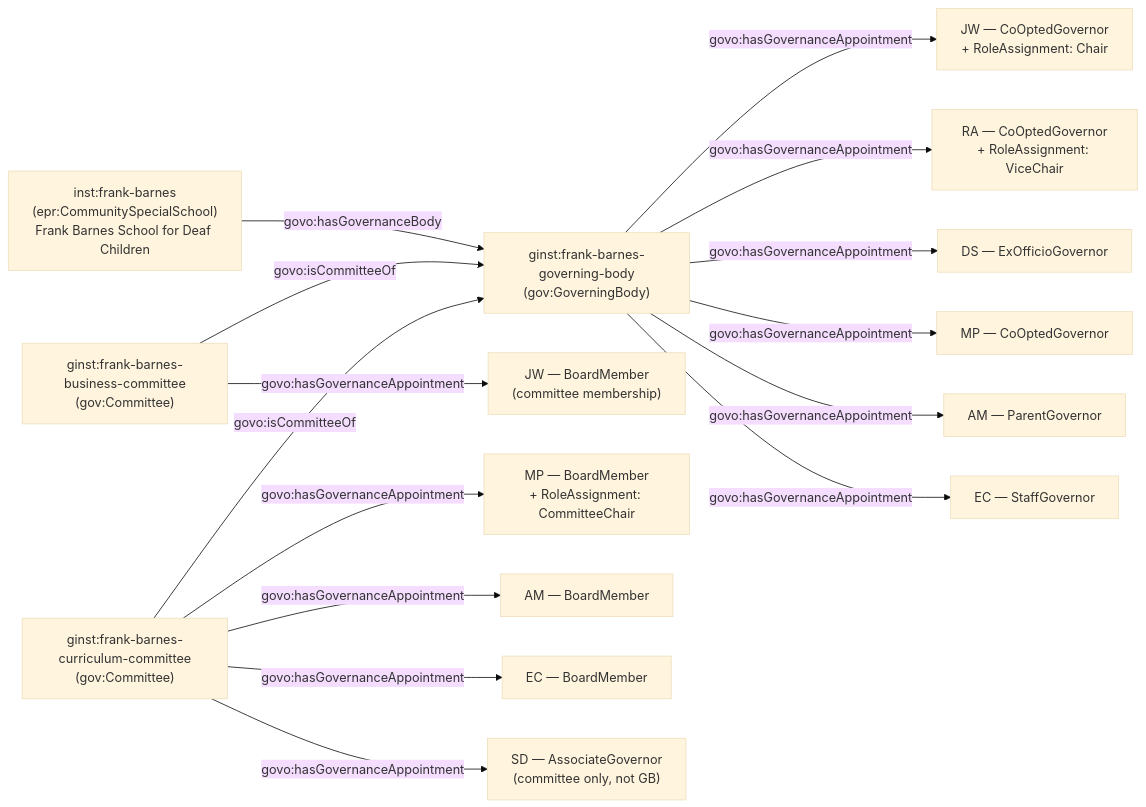
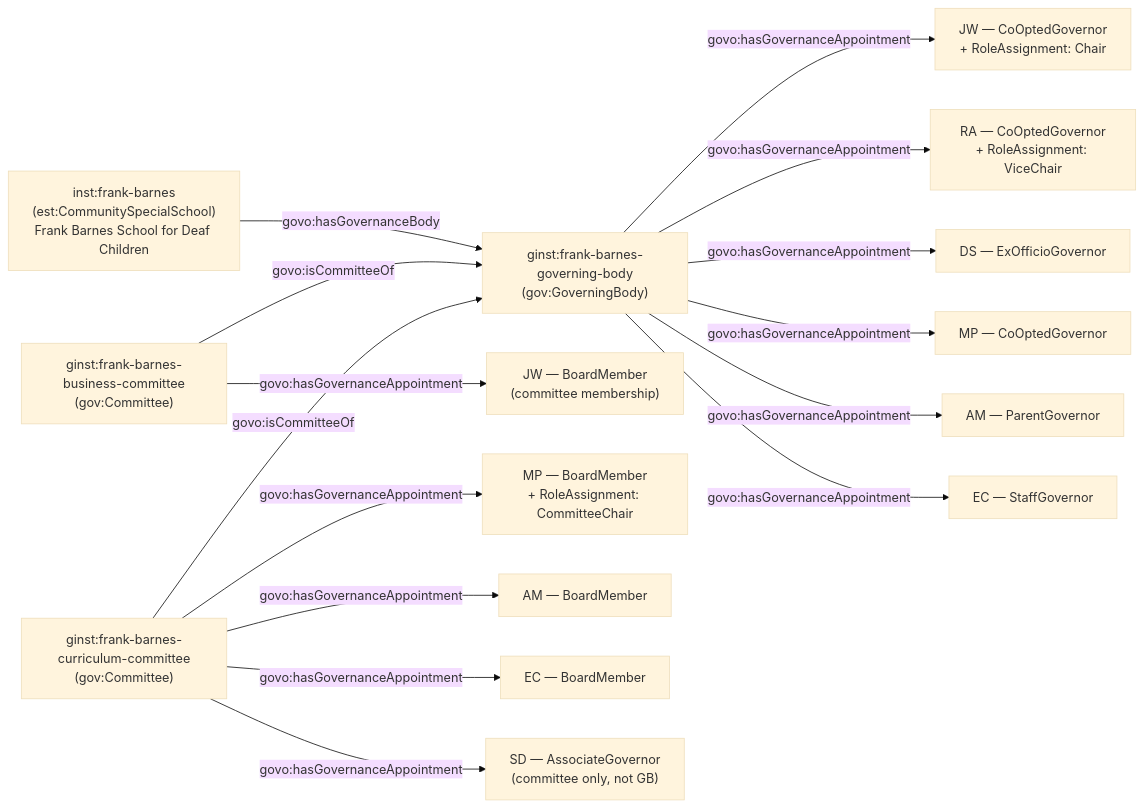
One commit to DFE-Digital/education-provider-registry-docs changed the second of 2 diagrams in docs-site/content/models/governance/worked-examples/frank-barnes/index.md. Above: the diagram before and after it, drawn with Mermaid (base theme). The commit also changed other lines of this file and 42 other files, not shown here.

````diff
--- a/docs-site/content/models/governance/worked-examples/frank-barnes/index.md
+++ b/docs-site/content/models/governance/worked-examples/frank-barnes/index.md
@@ -81,24 +81,24 @@
 ```mermaid
 flowchart LR
-    S["inst:frank-barnes<br/>(epr:CommunitySpecialSchool)<br/>Frank Barnes School for Deaf Children"]
+    S["inst:frank-barnes<br/>(est:CommunitySpecialSchool)<br/>Frank Barnes School for Deaf Children"]
     GB["ginst:frank-barnes-governing-body<br/>(gov:GoverningBody)"]
     BC["ginst:frank-barnes-business-committee<br/>(gov:Committee)"]
     CC["ginst:frank-barnes-curriculum-committee<br/>(gov:Committee)"]
 
     S -->|govo:hasGovernanceBody| GB
     BC -->|govo:isCommitteeOf| GB
     CC -->|govo:isCommitteeOf| GB
 
     GB -->|govo:hasGovernanceAppointment| G1["JW — CoOptedGovernor<br/>+ RoleAssignment: Chair"]
     GB -->|govo:hasGovernanceAppointment| G2["RA — CoOptedGovernor<br/>+ RoleAssignment: ViceChair"]
     GB -->|govo:hasGovernanceAppointment| G3["DS — ExOfficioGovernor"]
     GB -->|govo:hasGovernanceAppointment| G4["MP — CoOptedGovernor"]
     GB -->|govo:hasGovernanceAppointment| G5["AM — ParentGovernor"]
     GB -->|govo:hasGovernanceAppointment| G6["EC — StaffGovernor"]
 
     BC -->|govo:hasGovernanceAppointment| C1["JW — BoardMember<br/>(committee membership)"]
     CC -->|govo:hasGovernanceAppointment| C2["MP — BoardMember<br/>+ RoleAssignment: CommitteeChair"]
     CC -->|govo:hasGovernanceAppointment| C3["AM — BoardMember"]
     CC -->|govo:hasGovernanceAppointment| C4["EC — BoardMember"]
     CC -->|govo:hasGovernanceAppointment| C5["SD — AssociateGovernor<br/>(committee only, not GB)"]
 ```
````
